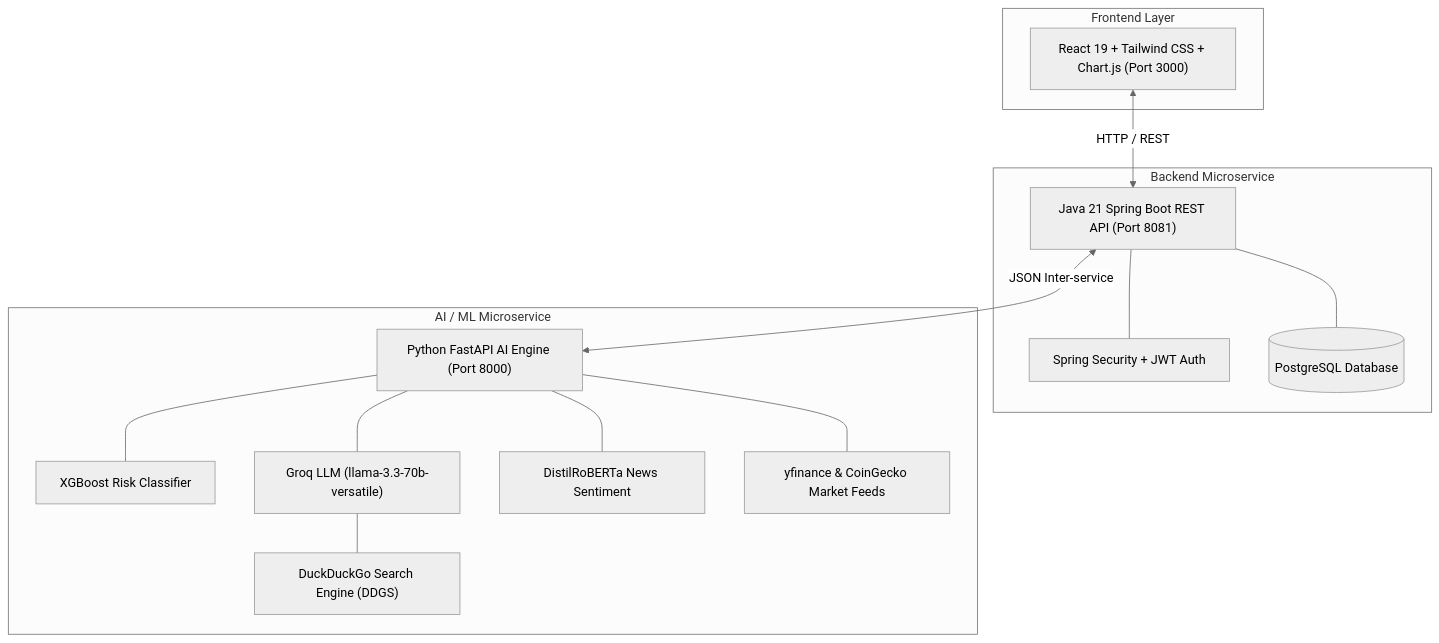
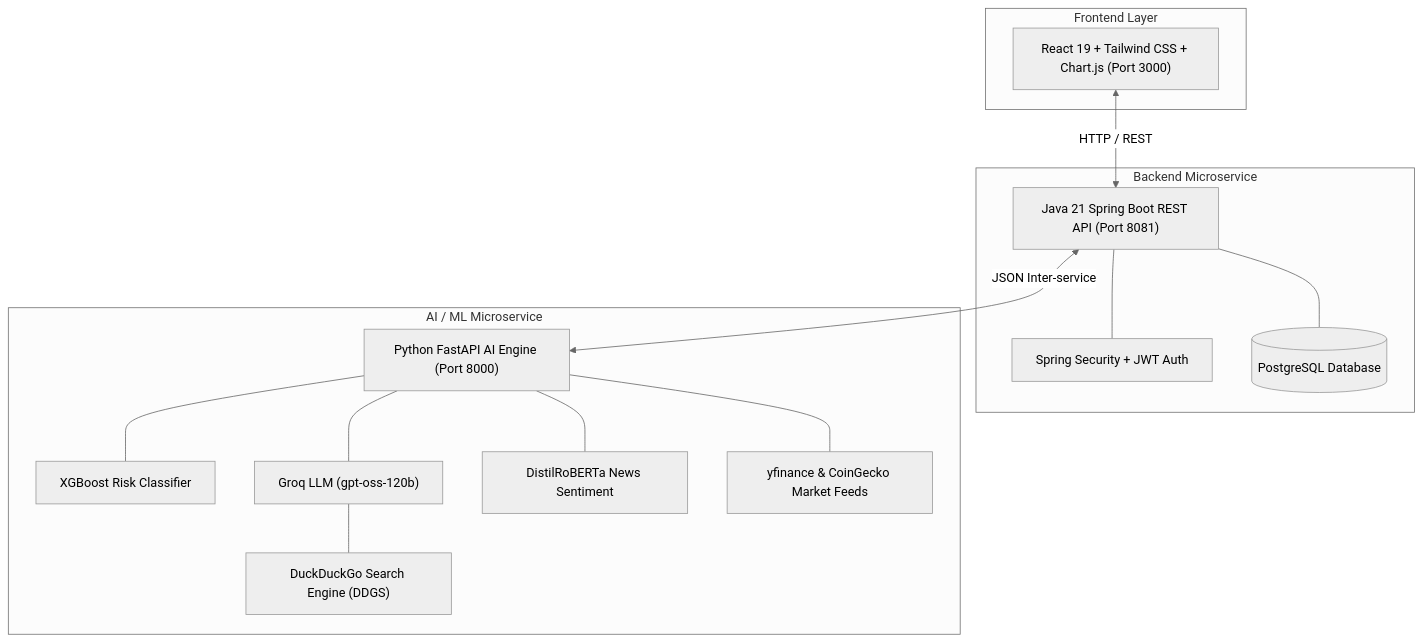
The diagram in README.md (Vansh-2102/smart-invest-), drawn with Mermaid (neutral theme) before and after one commit. The commit also changed 1 other file, not shown here.

Commit message:
docs: update Groq LLM model reference to gpt-oss-120b in README and .env.example

````diff
--- a/README.md
+++ b/README.md
@@ -51,32 +51,32 @@
 ```mermaid
 graph TD
     subgraph Frontend Layer
         UI["React 19 + Tailwind CSS + Chart.js (Port 3000)"]
     end
 
     subgraph Backend Microservice
         API["Java 21 Spring Boot REST API (Port 8081)"]
         JWT["Spring Security + JWT Auth"]
         DB[(PostgreSQL Database)]
         API --- JWT
         API --- DB
     end
 
     subgraph AI / ML Microservice
         ML["Python FastAPI AI Engine (Port 8000)"]
         XGB["XGBoost Risk Classifier"]
-        GROQ["Groq LLM (llama-3.3-70b-versatile)"]
+        GROQ["Groq LLM (gpt-oss-120b)"]
         DDG["DuckDuckGo Search Engine (DDGS)"]
         ROBERTA["DistilRoBERTa News Sentiment"]
         YF["yfinance & CoinGecko Market Feeds"]
         
         ML --- XGB
         ML --- GROQ
         GROQ --- DDG
         ML --- ROBERTA
         ML --- YF
     end
 
     UI <-->|HTTP / REST| API
     API <-->|JSON Inter-service| ML
 ```
````
